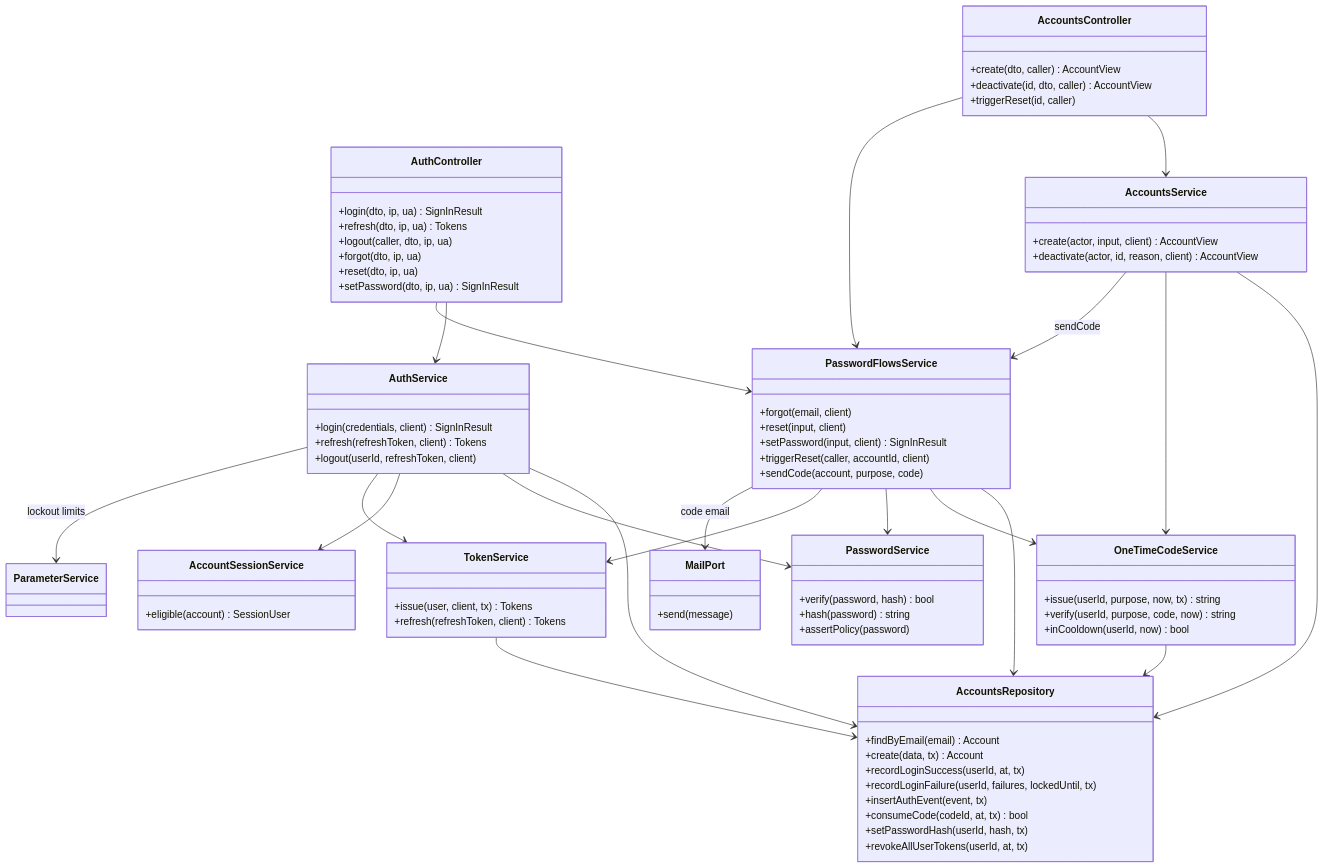
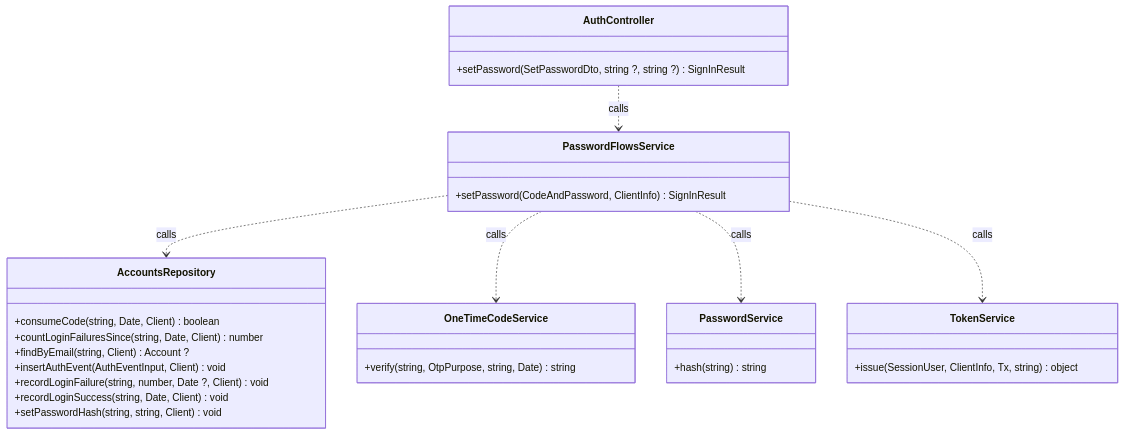
Before and after one commit to TrekLink-Team/treklink-web: the seventh of 12 diagrams in specs/auth/design.md, drawn with Mermaid. The commit also changed other lines of this file and 2 other files, not shown here.

First line of the commit message:
docs: one alt per sequence, code-true guards and per-use-case class panels (review of #113)

````diff
--- a/specs/auth/design.md
+++ b/specs/auth/design.md
@@ -205,82 +343,33 @@
 ```mermaid
 classDiagram
+    direction TB
     class AuthController {
-        +login(dto, ip, ua) SignInResult
-        +refresh(dto, ip, ua) Tokens
-        +logout(caller, dto, ip, ua)
-        +forgot(dto, ip, ua)
-        +reset(dto, ip, ua)
-        +setPassword(dto, ip, ua) SignInResult
-    }
-    class AccountsController {
-        +create(dto, caller) AccountView
-        +deactivate(id, dto, caller) AccountView
-        +triggerReset(id, caller)
-    }
-    class AuthService {
-        +login(credentials, client) SignInResult
-        +refresh(refreshToken, client) Tokens
-        +logout(userId, refreshToken, client)
+        +setPassword(SetPasswordDto, string ?, string ?) SignInResult
     }
     class PasswordFlowsService {
-        +forgot(email, client)
-        +reset(input, client)
-        +setPassword(input, client) SignInResult
-        +triggerReset(caller, accountId, client)
-        +sendCode(account, purpose, code)
+        +setPassword(CodeAndPassword, ClientInfo) SignInResult
     }
-    class AccountsService {
-        +create(actor, input, client) AccountView
-        +deactivate(actor, id, reason, client) AccountView
+    class OneTimeCodeService {
+        +verify(string, OtpPurpose, string, Date) string
+    }
+    class PasswordService {
+        +hash(string) string
     }
     class TokenService {
-        +issue(user, client, tx) Tokens
-        +refresh(refreshToken, client) Tokens
-    }
-    class OneTimeCodeService {
-        +issue(userId, purpose, now, tx) string
-        +verify(userId, purpose, code, now) string
-        +inCooldown(userId, now) bool
-    }
-    class PasswordService {
-        +verify(password, hash) bool
-        +hash(password) string
-        +assertPolicy(password)
-    }
-    class AccountSessionService {
-        +eligible(account) SessionUser
+        +issue(SessionUser, ClientInfo, Tx, string) object
     }
     class AccountsRepository {
-        +findByEmail(email) Account
-        +create(data, tx) Account
-        +recordLoginSuccess(userId, at, tx)
-        +recordLoginFailure(userId, failures, lockedUntil, tx)
-        +insertAuthEvent(event, tx)
-        +consumeCode(codeId, at, tx) bool
-        +setPasswordHash(userId, hash, tx)
-        +revokeAllUserTokens(userId, at, tx)
+        +consumeCode(string, Date, Client) boolean
+        +countLoginFailuresSince(string, Date, Client) number
+        +findByEmail(string, Client) Account ?
+        +insertAuthEvent(AuthEventInput, Client) void
+        +recordLoginFailure(string, number, Date ?, Client) void
+        +recordLoginSuccess(string, Date, Client) void
+        +setPasswordHash(string, string, Client) void
     }
-    class MailPort {
-        +send(message)
-    }
-    class ParameterService
-    AuthController --> AuthService
-    AuthController --> PasswordFlowsService
-    AccountsController --> AccountsService
-    AccountsController --> PasswordFlowsService
-    AuthService --> AccountsRepository
-    AuthService --> PasswordService
-    AuthService --> AccountSessionService
-    AuthService --> TokenService
-    AuthService --> ParameterService : lockout limits
-    PasswordFlowsService --> AccountsRepository
-    PasswordFlowsService --> OneTimeCodeService
-    PasswordFlowsService --> PasswordService
-    PasswordFlowsService --> TokenService
-    PasswordFlowsService --> MailPort : code email
-    AccountsService --> AccountsRepository
-    AccountsService --> OneTimeCodeService
-    AccountsService --> PasswordFlowsService : sendCode
-    OneTimeCodeService --> AccountsRepository
-    TokenService --> AccountsRepository
+    AuthController ..> PasswordFlowsService : calls
+    PasswordFlowsService ..> AccountsRepository : calls
+    PasswordFlowsService ..> OneTimeCodeService : calls
+    PasswordFlowsService ..> PasswordService : calls
+    PasswordFlowsService ..> TokenService : calls
 ```
````
